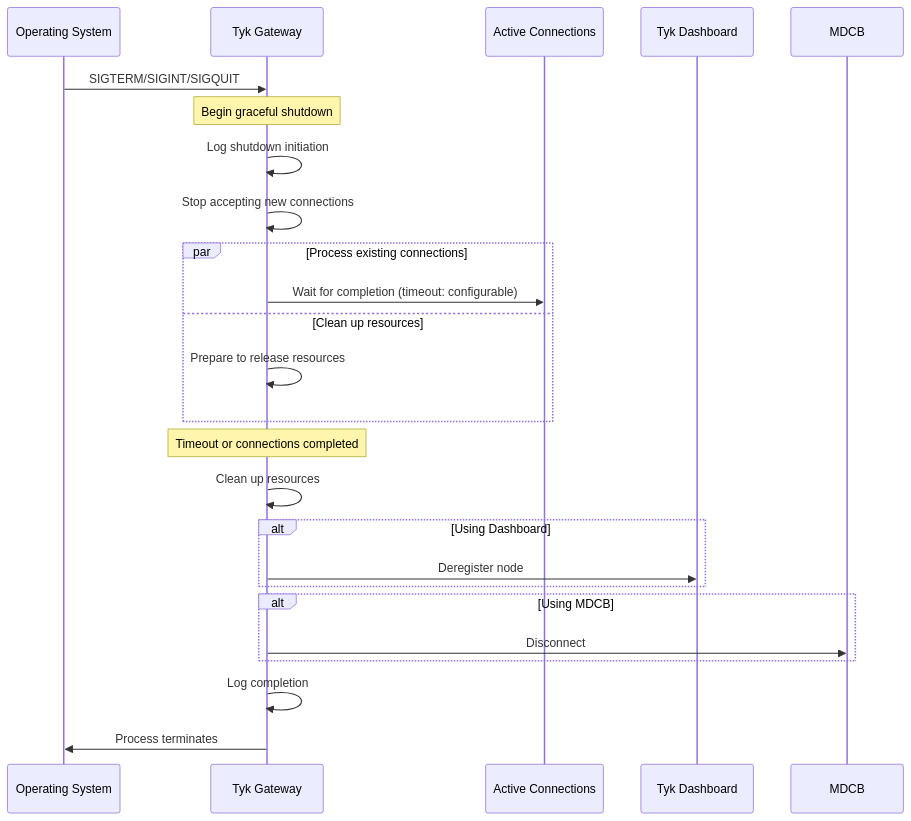
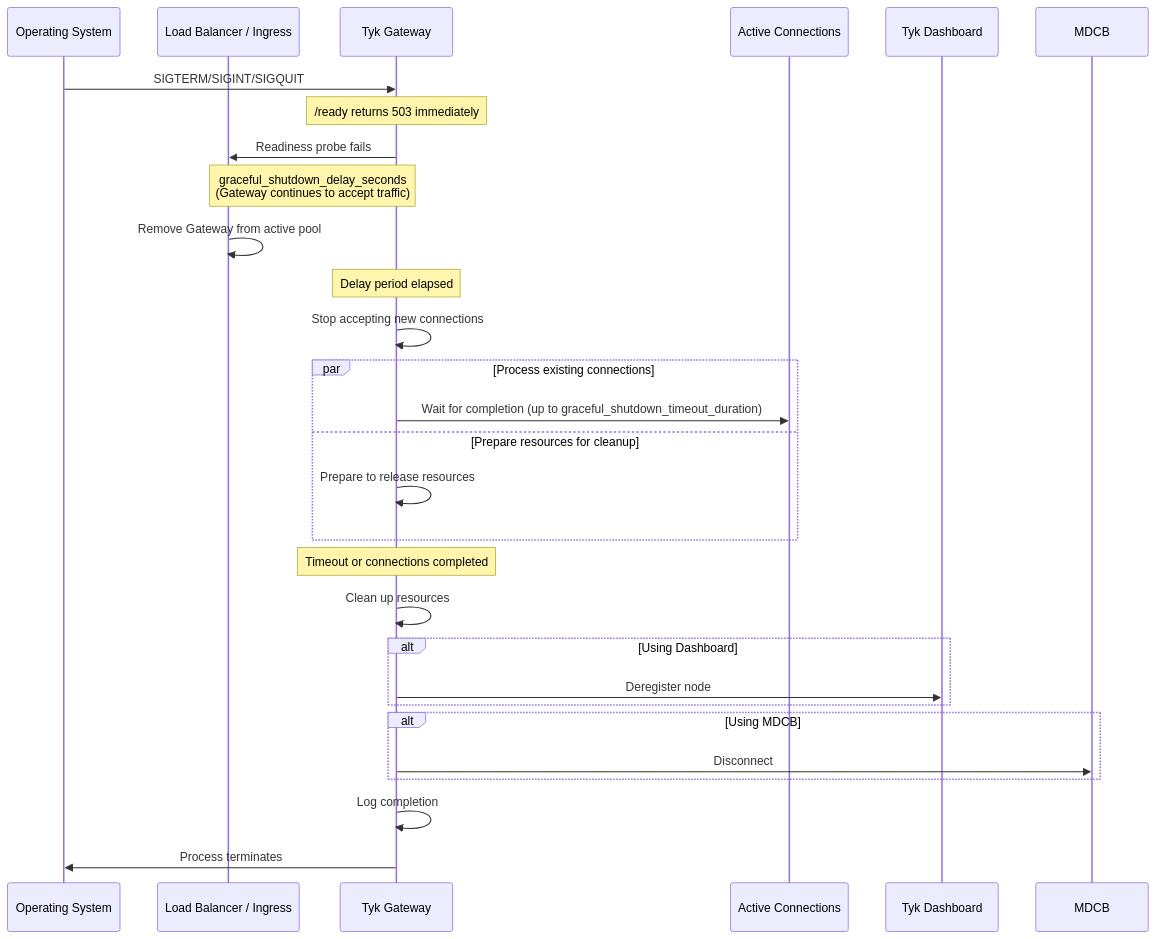
The first of 2 diagrams in planning-for-production/ensure-high-availability/graceful-shutdown.mdx (TykTechnologies/tyk-docs), drawn with Mermaid before and after one commit. The commit also changed other lines of this file, not shown here.

Commit message:
Added new graceful shutdown control

````diff
--- a/planning-for-production/ensure-high-availability/graceful-shutdown.mdx
+++ b/planning-for-production/ensure-high-availability/graceful-shutdown.mdx
@@ -58,34 +61,38 @@
 ```mermaid
 sequenceDiagram
  participant OS as Operating System
+ participant LB as Load Balancer / Ingress
  participant Gateway as Tyk Gateway
  participant Connections as Active Connections
  participant Dashboard as Tyk Dashboard
  participant MDCB as MDCB
-    
+
  OS->>Gateway: SIGTERM/SIGINT/SIGQUIT
- Note over Gateway: Begin graceful shutdown
- Gateway->>Gateway: Log shutdown initiation
+ Note over Gateway: /ready returns 503 immediately
+ Gateway->>LB: Readiness probe fails
+ Note over Gateway,LB: graceful_shutdown_delay_seconds<br/>(Gateway continues to accept traffic)
+ LB->>LB: Remove Gateway from active pool
+ Note over Gateway: Delay period elapsed
  Gateway->>Gateway: Stop accepting new connections
-    
+
  par Process existing connections
- Gateway->>Connections: Wait for completion (timeout: configurable)
- and Clean up resources
+ Gateway->>Connections: Wait for completion (up to graceful_shutdown_timeout_duration)
+ and Prepare resources for cleanup
  Gateway->>Gateway: Prepare to release resources
  end
-    
+
  Note over Gateway: Timeout or connections completed
-    
+
  Gateway->>Gateway: Clean up resources
-    
+
  alt Using Dashboard
  Gateway->>Dashboard: Deregister node
  end
-    
+
  alt Using MDCB
  Gateway->>MDCB: Disconnect
  end
-    
+
  Gateway->>Gateway: Log completion
  Gateway->>OS: Process terminates
 ```
````
